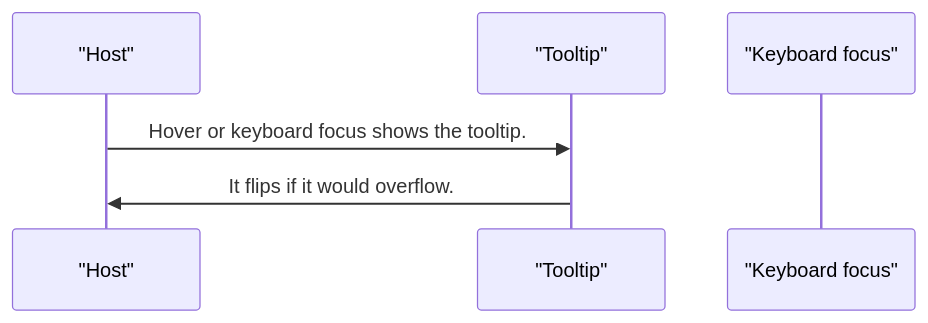
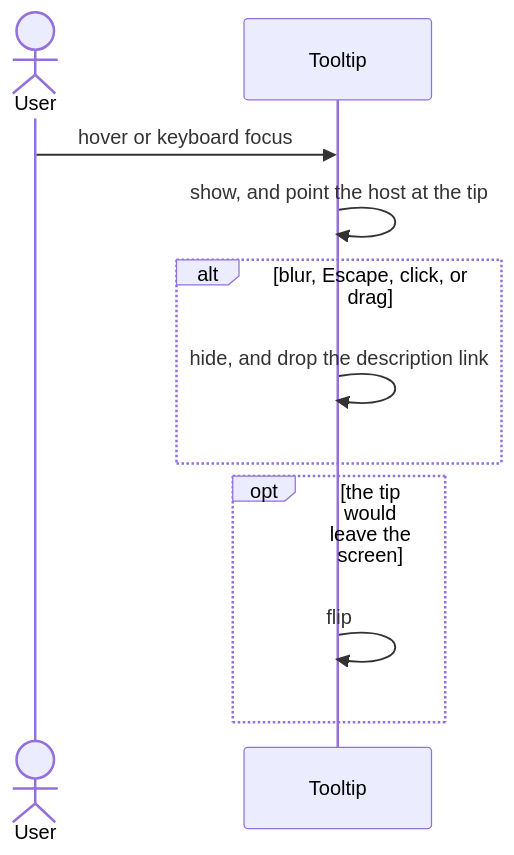
The second of 4 diagrams in projects/pixel-ui/src/lib/pixel-tooltip/DESIGN.md (RajshekharBorate/pixel-ui), drawn with Mermaid before and after one commit. The commit also changed other lines of this file and 73 other files, not shown here.

Commit message:
Explain who owns each value and what each flow does in every component and service design.

````diff
--- a/projects/pixel-ui/src/lib/pixel-tooltip/DESIGN.md
+++ b/projects/pixel-ui/src/lib/pixel-tooltip/DESIGN.md
@@ -52,8 +66,13 @@
 ```mermaid
 sequenceDiagram
-  participant host as "Host"
-  participant tip as "Tooltip"
-  participant keys as "Keyboard focus"
-  host->>tip: Hover or keyboard focus shows the tooltip.
-  tip->>host: It flips if it would overflow.
+  actor User
+  participant Tip as Tooltip
+  User->>Tip: hover or keyboard focus
+  Tip->>Tip: show, and point the host at the tip
+  alt blur, Escape, click, or drag
+    Tip->>Tip: hide, and drop the description link
+  end
+  opt the tip would leave the screen
+    Tip->>Tip: flip
+  end
 ```
````
